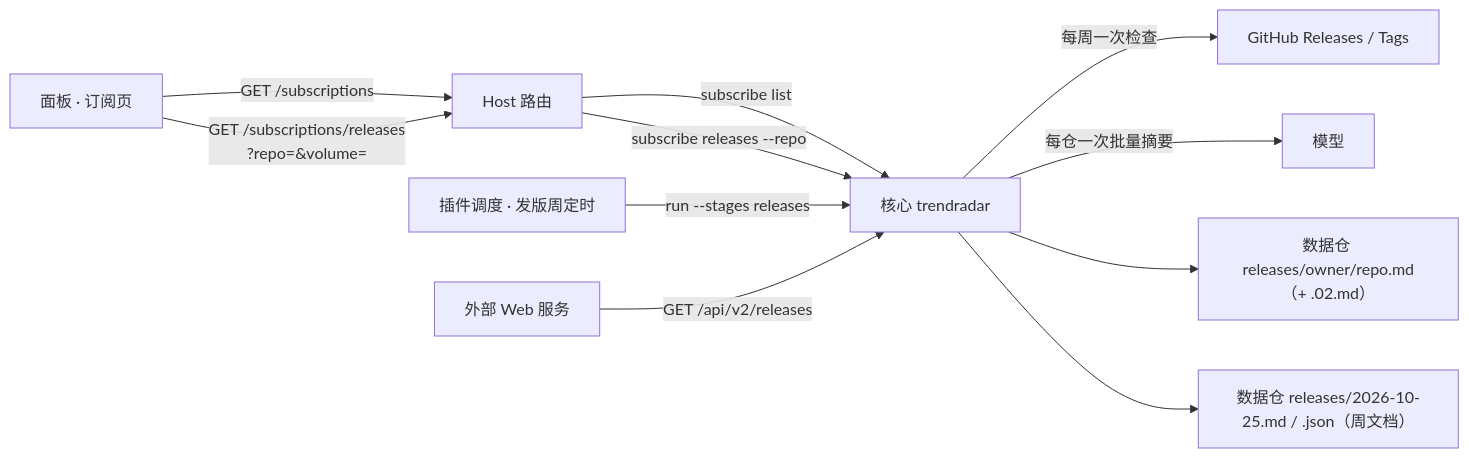
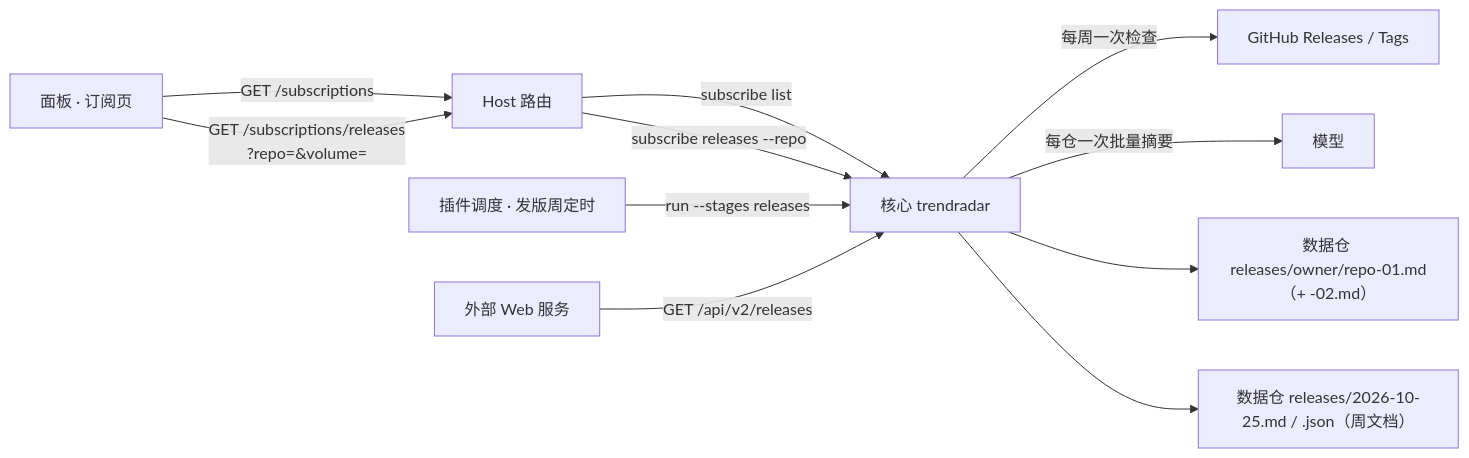
The diagram in docs/specs/2026-11-01-subscriptions-weekly-releases-design.md (morehao/trendradar), drawn with Mermaid before and after one commit. The commit also changed other lines of this file and 11 other files, not shown here.

````diff
--- a/docs/specs/2026-11-01-subscriptions-weekly-releases-design.md
+++ b/docs/specs/2026-11-01-subscriptions-weekly-releases-design.md
@@ -81,13 +81,13 @@
 ```mermaid
 flowchart LR
   P["面板 · 订阅页"] -->|"GET /subscriptions"| H["Host 路由"]
   P -->|"GET /subscriptions/releases<br>?repo=&volume="| H
   H -->|"subscribe list"| C["核心 trendradar"]
   H -->|"subscribe releases --repo"| C
   S["插件调度 · 发版周定时"] -->|"run --stages releases"| C
   C -->|"每周一次检查"| G["GitHub Releases / Tags"]
   C -->|"每仓一次批量摘要"| M["模型"]
-  C --> R1["数据仓 releases/owner/repo.md（+ .02.md）"]
+  C --> R1["数据仓 releases/owner/repo-01.md（+ -02.md）"]
   C --> R2["数据仓 releases/2026-10-25.md / .json（周文档）"]
   W["外部 Web 服务"] -->|"GET /api/v2/releases"| C
 ```
````
